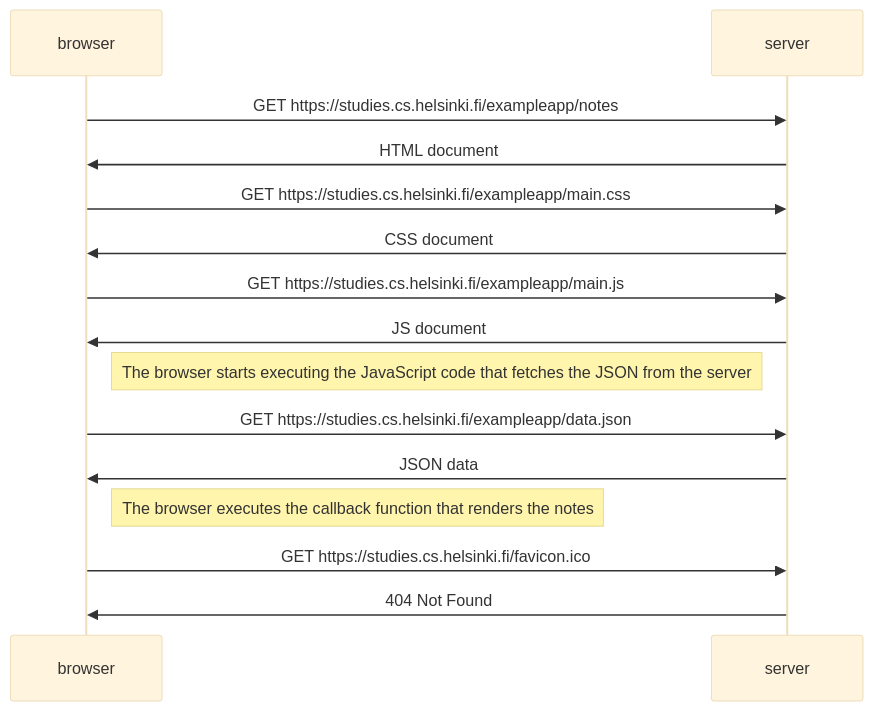
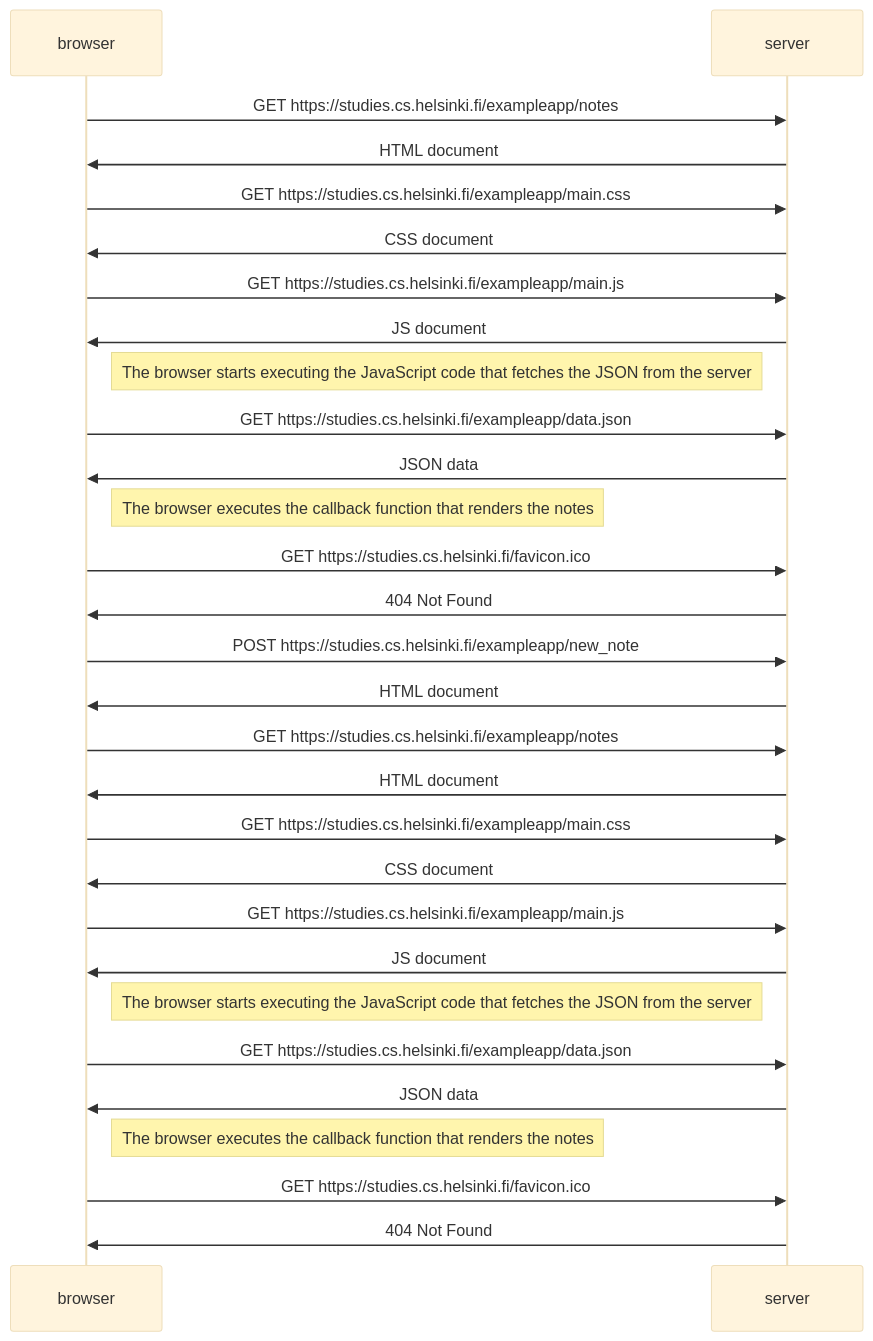
One commit to xj4v1x/fullstackopen changed the diagram in part0/04_Nuevo_Diagrama_de_nota.md. Above: the diagram before and after it, drawn with Mermaid (base theme). The commit also changed other lines of this file, not shown here.

````diff
--- a/part0/04_Nuevo_Diagrama_de_nota.md
+++ b/part0/04_Nuevo_Diagrama_de_nota.md
@@ -19,22 +35,44 @@
 ```mermaid
 sequenceDiagram
     participant browser
     participant server
 
     browser->>server: GET https://studies.cs.helsinki.fi/exampleapp/notes
     server->>browser: HTML document
 
     browser->>server: GET https://studies.cs.helsinki.fi/exampleapp/main.css
     server->>browser: CSS document
     
     browser->>server: GET https://studies.cs.helsinki.fi/exampleapp/main.js
     server->>browser: JS document
     Note right of browser: The browser starts executing the JavaScript code that fetches the JSON from the server
 
     browser->>server: GET https://studies.cs.helsinki.fi/exampleapp/data.json
     server->>browser: JSON data
     Note right of browser: The browser executes the callback function that renders the notes
 
     browser->>server: GET https://studies.cs.helsinki.fi/favicon.ico
     server->>browser: 404 Not Found
+
+    browser->>server: POST https://studies.cs.helsinki.fi/exampleapp/new_note
+    server->>browser: HTML document
+
+    browser->>server: GET https://studies.cs.helsinki.fi/exampleapp/notes
+    server->>browser: HTML document
+
+    browser->>server: GET https://studies.cs.helsinki.fi/exampleapp/main.css
+    server->>browser: CSS document
+    
+    browser->>server: GET https://studies.cs.helsinki.fi/exampleapp/main.js
+    server->>browser: JS document
+    Note right of browser: The browser starts executing the JavaScript code that fetches the JSON from the server
+
+    browser->>server: GET https://studies.cs.helsinki.fi/exampleapp/data.json
+    server->>browser: JSON data
+    Note right of browser: The browser executes the callback function that renders the notes
+
+    browser->>server: GET https://studies.cs.helsinki.fi/favicon.ico
+    server->>browser: 404 Not Found
+
+
 ```
````
